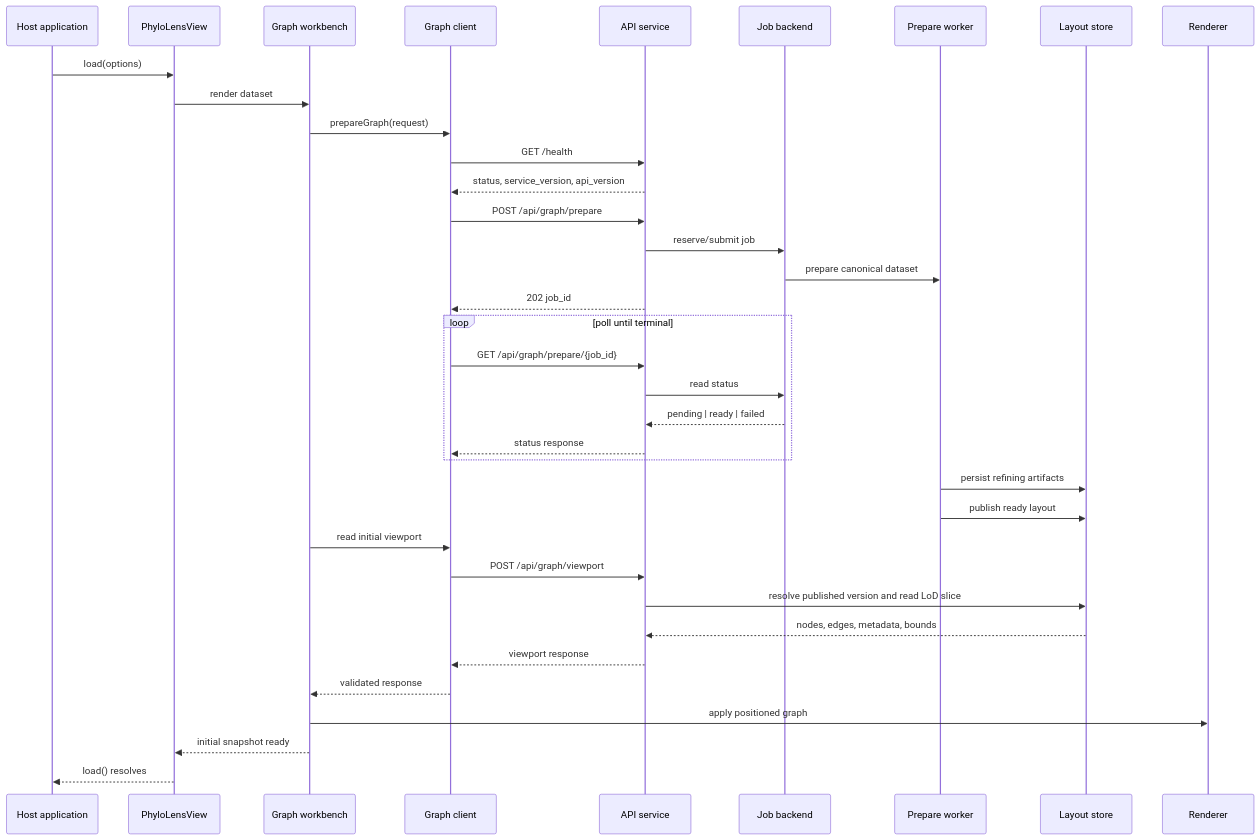
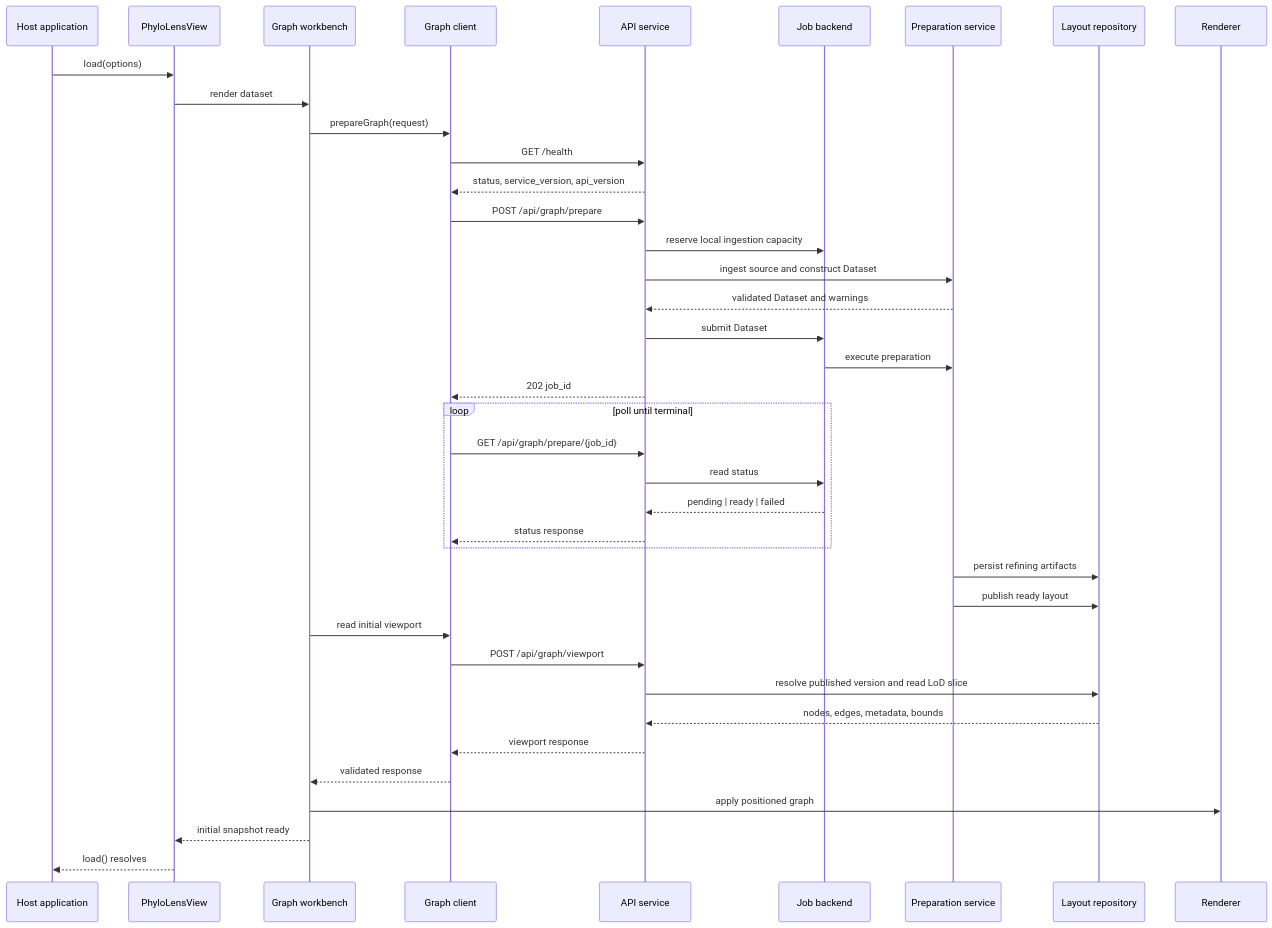
One commit to phyloviz/phylo-lens changed the first of 5 diagrams in docs/flow.md. Above: the diagram before and after it, drawn with Mermaid. The commit also changed other lines of this file and 9 other files, not shown here.

````diff
--- a/docs/flow.md
+++ b/docs/flow.md
@@ -9,42 +9,45 @@
 ```mermaid
 sequenceDiagram
   participant H as Host application
   participant V as PhyloLensView
   participant W as Graph workbench
   participant C as Graph client
   participant A as API service
   participant J as Job backend
-  participant P as Prepare worker
-  participant S as Layout store
+  participant P as Preparation service
+  participant S as Layout repository
   participant R as Renderer
 
   H->>V: load(options)
   V->>W: render dataset
   W->>C: prepareGraph(request)
   C->>A: GET /health
   A-->>C: status, service_version, api_version
   C->>A: POST /api/graph/prepare
-  A->>J: reserve/submit job
-  J->>P: prepare canonical dataset
+  A->>J: reserve local ingestion capacity
+  A->>P: ingest source and construct Dataset
+  P-->>A: validated Dataset and warnings
+  A->>J: submit Dataset
+  J->>P: execute preparation
   A-->>C: 202 job_id
 
   loop poll until terminal
     C->>A: GET /api/graph/prepare/{job_id}
     A->>J: read status
     J-->>A: pending | ready | failed
     A-->>C: status response
   end
 
   P->>S: persist refining artifacts
   P->>S: publish ready layout
 
   W->>C: read initial viewport
   C->>A: POST /api/graph/viewport
   A->>S: resolve published version and read LoD slice
   S-->>A: nodes, edges, metadata, bounds
   A-->>C: viewport response
   C-->>W: validated response
   W->>R: apply positioned graph
   W-->>V: initial snapshot ready
   V-->>H: load() resolves
 ```
````
